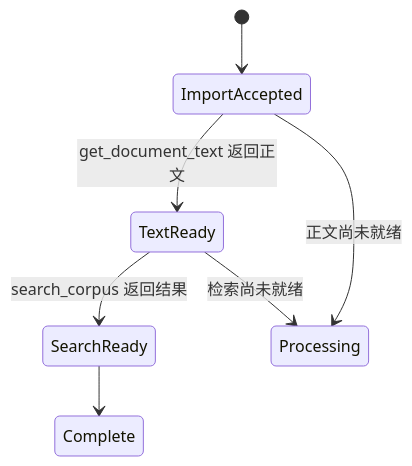
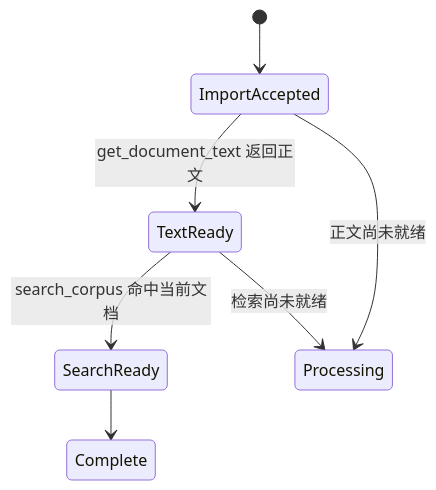
The third of 3 diagrams in docs/architecture/opencontracts-integration.md (Ri0n72Y/ContractBotConfig), drawn with Mermaid before and after one commit. The commit also changed other lines of this file, not shown here.

````diff
--- a/docs/architecture/opencontracts-integration.md
+++ b/docs/architecture/opencontracts-integration.md
@@ -113,9 +141,9 @@
 ```mermaid
 stateDiagram-v2
     [*] --> ImportAccepted
     ImportAccepted --> TextReady: get_document_text 返回正文
-    TextReady --> SearchReady: search_corpus 返回结果
+    TextReady --> SearchReady: search_corpus 命中当前文档
     SearchReady --> Complete
     ImportAccepted --> Processing: 正文尚未就绪
     TextReady --> Processing: 检索尚未就绪
 ```
````
